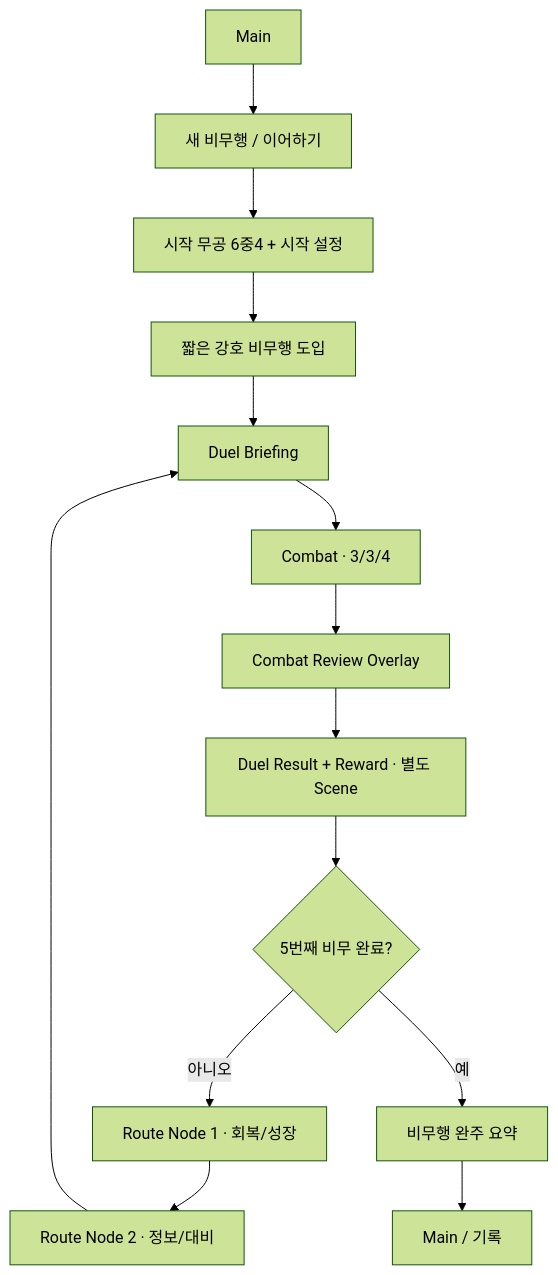
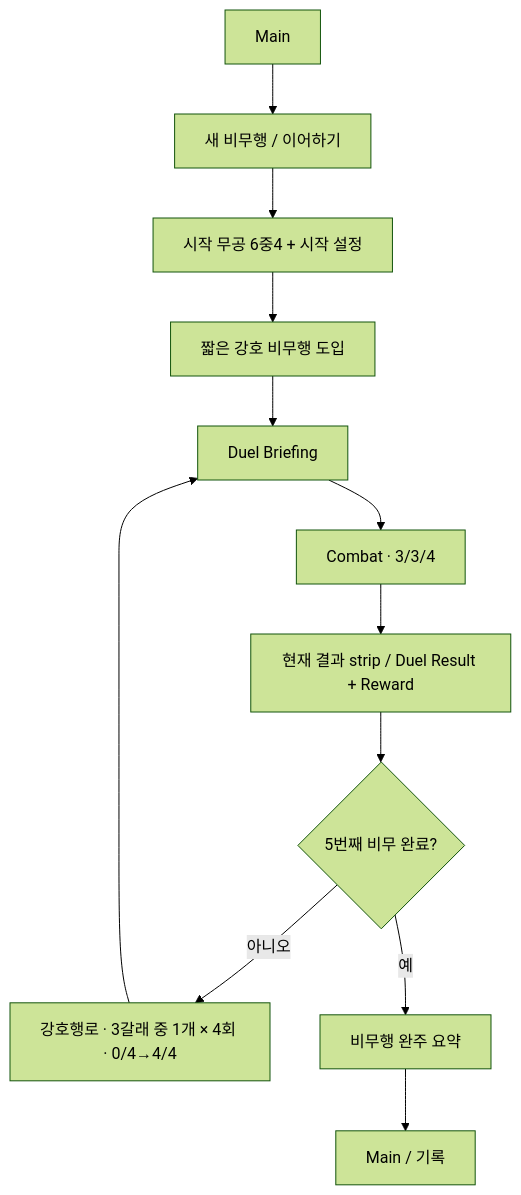
The diagram in docs/12_VERTICAL_SLICE_JIANGHU_JOURNEY.md (alsdmlals4-eng/Ten-Paces-Hidden-Moves), drawn with Mermaid (forest theme) before and after one commit. The commit also changed other lines of this file and 173 other files, not shown here.

````diff
--- a/docs/12_VERTICAL_SLICE_JIANGHU_JOURNEY.md
+++ b/docs/12_VERTICAL_SLICE_JIANGHU_JOURNEY.md
@@ -338,16 +327,14 @@
 ```mermaid
 flowchart TD
     A["Main"] --> B["새 비무행 / 이어하기"]
     B --> C["시작 무공 6중4 + 시작 설정"]
     C --> D["짧은 강호 비무행 도입"]
     D --> E["Duel Briefing"]
     E --> F["Combat · 3/3/4"]
-    F --> G["Combat Review Overlay"]
-    G --> H["Duel Result + Reward · 별도 Scene"]
-    H --> I{"5번째 비무 완료?"}
-    I -- "아니오" --> J["Route Node 1 · 회복/성장"]
-    J --> K["Route Node 2 · 정보/대비"]
-    K --> E
+    F --> G["현재 결과 strip / Duel Result + Reward"]
+    G --> I{"5번째 비무 완료?"}
+    I -- "아니오" --> J["강호행로 · 3갈래 중 1개 × 4회 · 0/4→4/4"]
+    J --> E
     I -- "예" --> L["비무행 완주 요약"]
     L --> M["Main / 기록"]
 ```
````
